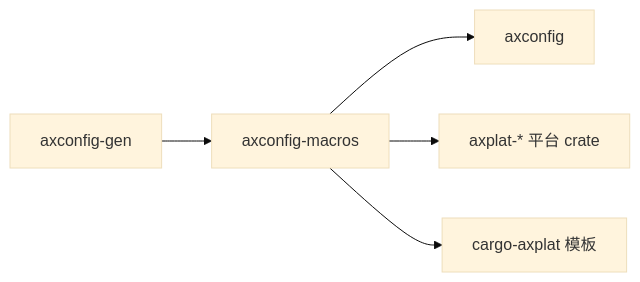
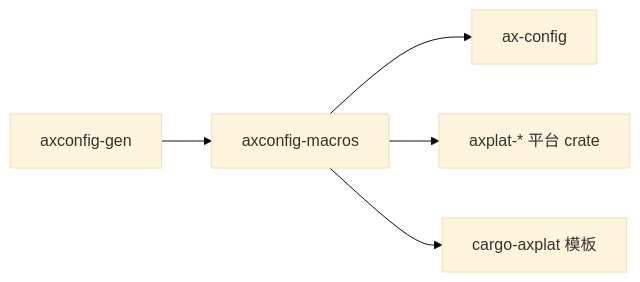
One commit to zKurisu/tgoskits changed the second of 2 diagrams in docs/crates/axconfig-macros.md. Above: the diagram before and after it, drawn with Mermaid (base theme). The commit also changed 65 other files, not shown here.

Commit message:
rename axconfig to ax-config

````diff
--- a/docs/crates/axconfig-macros.md
+++ b/docs/crates/axconfig-macros.md
@@ -95,7 +95,7 @@
 ```mermaid
 graph LR
     axconfig_gen["axconfig-gen"] --> macros["axconfig-macros"]
-    macros --> axconfig["axconfig"]
+    macros --> axconfig["ax-config"]
     macros --> axplat["axplat-* 平台 crate"]
     macros --> template["cargo-axplat 模板"]
 ```
````
